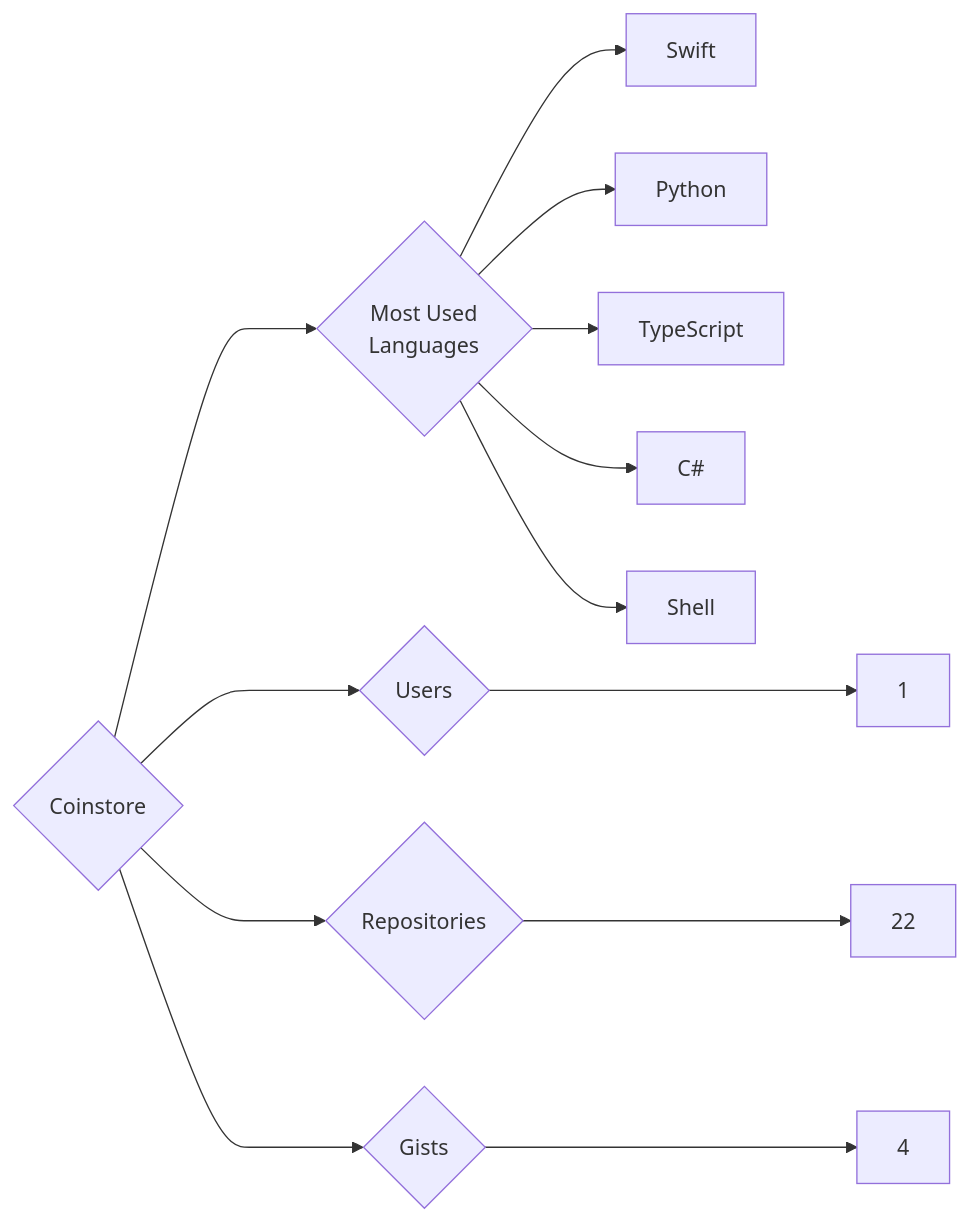
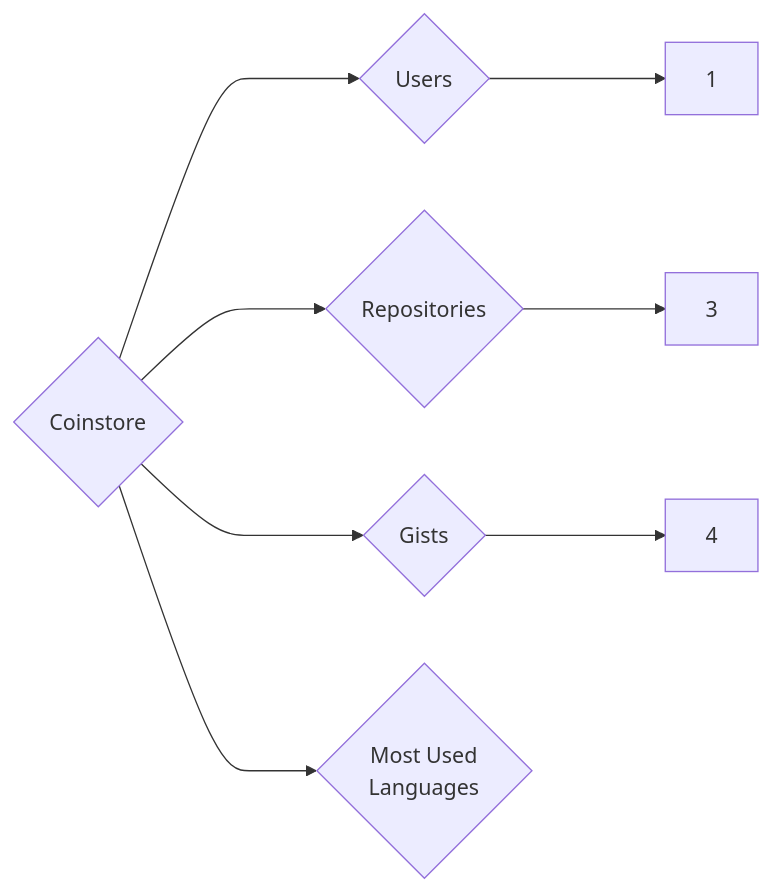
Before and after one commit to trickest/insiders: the diagram in targets/Coinstore/README.md, drawn with Mermaid. The commit also changed 1089 other files, not shown here.

````diff
--- a/targets/Coinstore/README.md
+++ b/targets/Coinstore/README.md
@@ -3,13 +3,8 @@
 ```mermaid
 graph LR
 COMPANY_NAME{Coinstore}
 COMPANY_NAME ---> U{Users} ---> UN[1]
-COMPANY_NAME ---> R{Repositories} ---> RN[22]
+COMPANY_NAME ---> R{Repositories} ---> RN[3]
 COMPANY_NAME ---> G{Gists} ---> GN[4]
 COMPANY_NAME ---> ML{Most Used<br>Languages}
-ML --> Swift[Swift]
-ML --> Python[Python]
-ML --> TypeScript[TypeScript]
-ML --> C#[C#]
-ML --> Shell[Shell]
 ```
````
